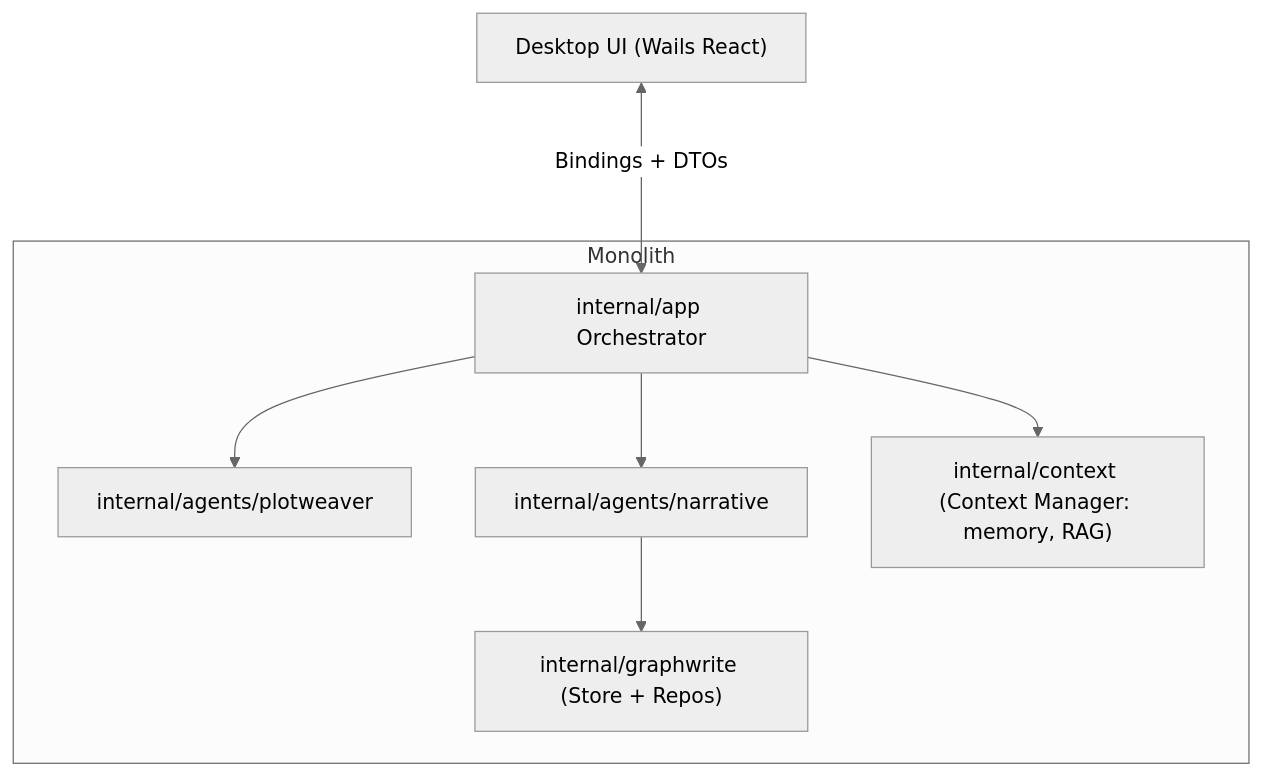
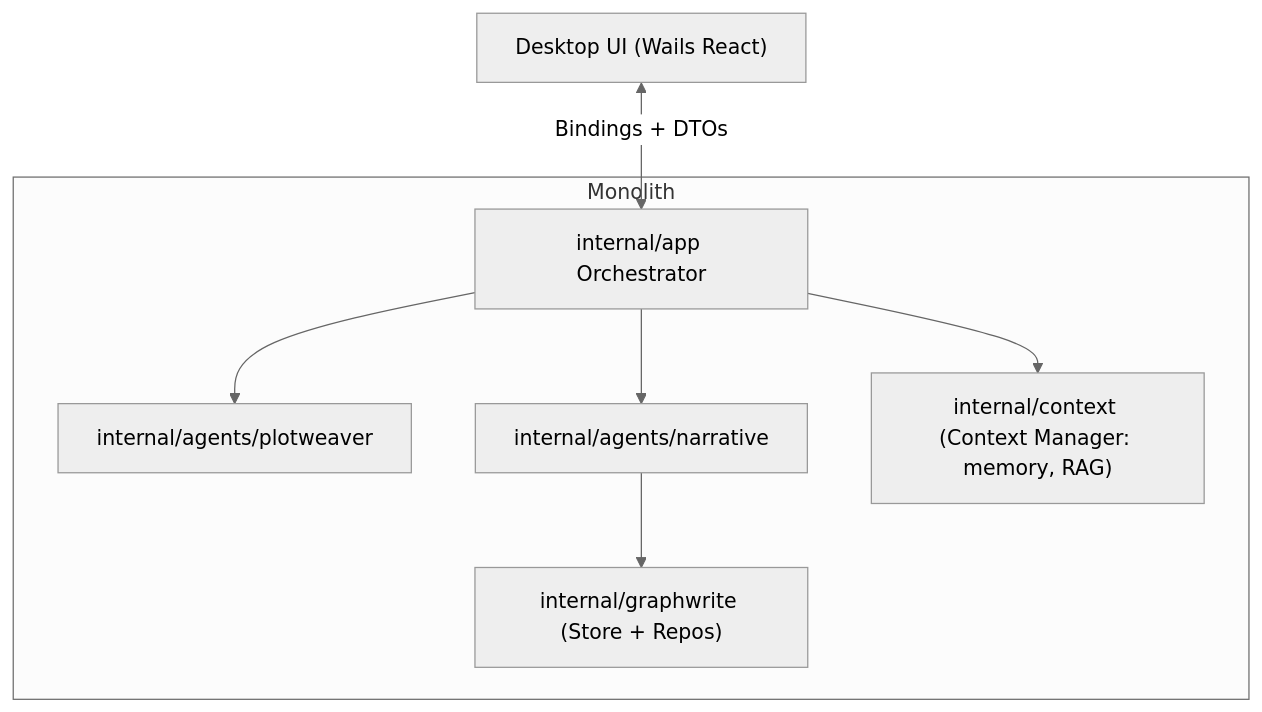
One commit to barrynorthern/libretto changed the first of 3 diagrams in docs/ddd/overview.md. Above: the diagram before and after it, drawn with Mermaid (neutral theme). The commit also changed other lines of this file, not shown here.

Commit message:
docs(ddd): fix Mermaid parse issues (arrow syntax, spacing before code fences); stabilize flowchart edges

````diff
--- a/docs/ddd/overview.md
+++ b/docs/ddd/overview.md
@@ -17,15 +17,15 @@
 ```mermaid
 flowchart TB
   subgraph Monolith
     App["internal/app Orchestrator"]
     Plot["internal/agents/plotweaver"]
     Narr["internal/agents/narrative"]
     Store["internal/graphwrite (Store + Repos)"]
     Ctx["internal/context (Context Manager: memory, RAG)"]
   end
-  UI["Desktop UI (Wails React)"] <---> |Bindings + DTOs| App
+  UI["Desktop UI (Wails React)"] <--> |Bindings + DTOs| App
   App --> Plot
   App --> Narr
   App --> Ctx
   Narr --> Store
 ```
````
